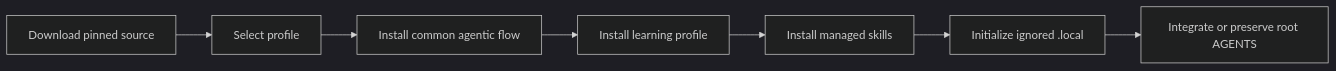
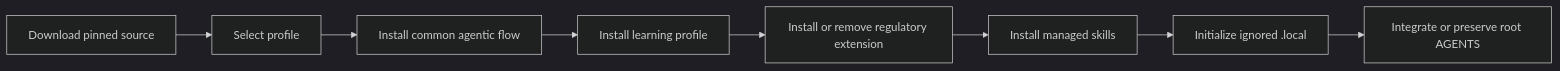
One commit to legrab/codebase-learning-flow changed the first of 2 diagrams in scripts/README.md. Above: the diagram before and after it, drawn with Mermaid (dark theme). The commit also changed other lines of this file and 51 other files, not shown here.

Commit message:
feat: provide regulatory extension and streamline agentic workflows

````diff
--- a/scripts/README.md
+++ b/scripts/README.md
@@ -5,9 +5,10 @@
 ```mermaid
 flowchart LR
     D[Download pinned source] --> P[Select profile]
     P --> C[Install common agentic flow]
     C --> L[Install learning profile]
-    L --> S[Install managed skills]
+    L --> Ext[Install or remove regulatory extension]
+    Ext --> S[Install managed skills]
     S --> X[Initialize ignored .local]
     X --> R[Integrate or preserve root AGENTS]
 ```
````
